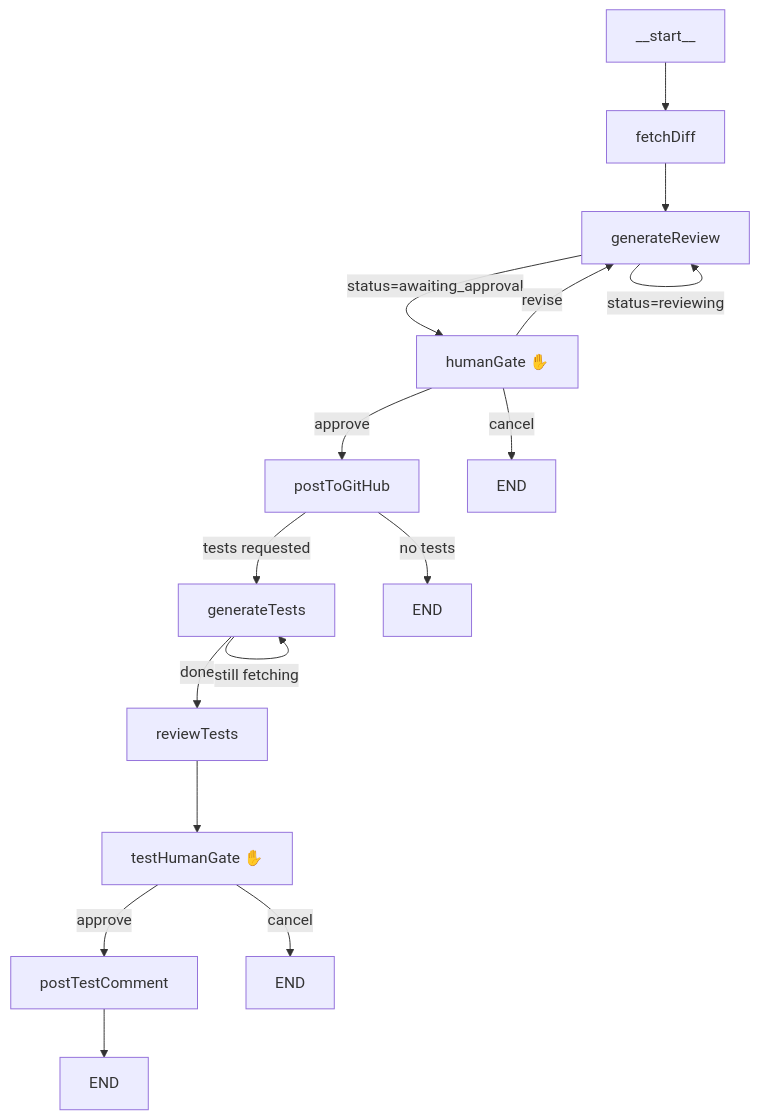
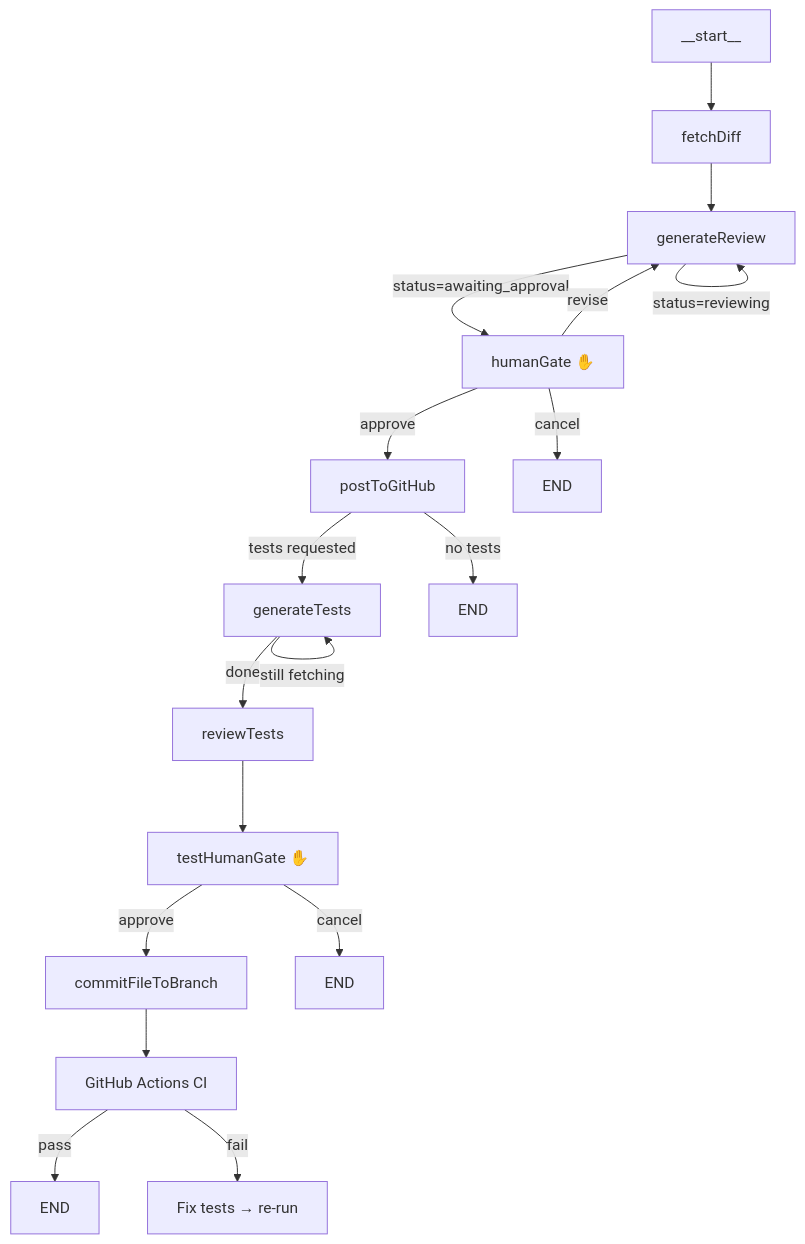
One commit to pahakrai/aptview changed the diagram in docs/reviews.md. Above: the diagram before and after it, drawn with Mermaid. The commit also changed other lines of this file and 7 other files, not shown here.

Commit message:
push automated tests written to PR branch

````diff
--- a/docs/reviews.md
+++ b/docs/reviews.md
@@ -63,18 +74,20 @@
 ```mermaid
 graph TD
     START[__start__] --> FD[fetchDiff]
     FD --> GR[generateReview]
     GR -- "status=reviewing" --> GR
     GR -- "status=awaiting_approval" --> HG[humanGate ✋]
     HG -- "approve" --> PTG[postToGitHub]
     HG -- "revise" --> GR
     HG -- "cancel" --> END1[END]
     PTG -- "tests requested" --> GT[generateTests]
     PTG -- "no tests" --> END2[END]
     GT -- "still fetching" --> GT
     GT -- "done" --> RT[reviewTests]
     RT --> THG[testHumanGate ✋]
-    THG -- "approve" --> PTC[postTestComment]
+    THG -- "approve" --> CF[commitFileToBranch]
     THG -- "cancel" --> END3[END]
-    PTC --> END4[END]
+    CF --> CI[GitHub Actions CI]
+    CI -- "pass" --> END4[END]
+    CI -- "fail" --> FIX[Fix tests → re-run]
 ```
````
